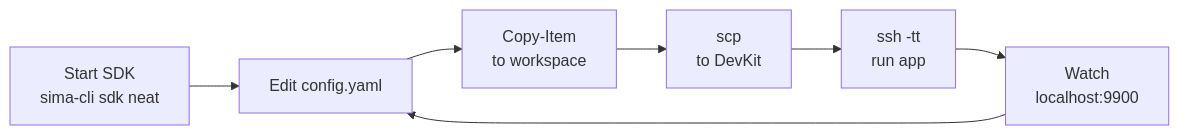
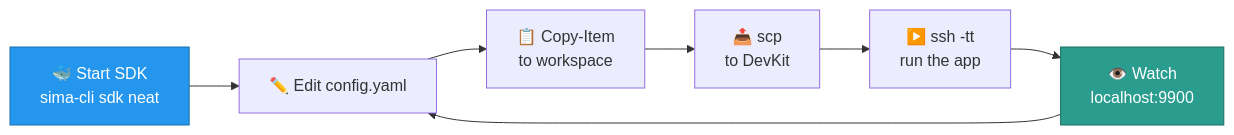
Before and after one commit to RizwanMunawar/sima-projects: the second of 2 diagrams in README.md, drawn with Mermaid. The commit also changed other lines of this file, not shown here.

````diff
--- a/README.md
+++ b/README.md
@@ -947,9 +1097,12 @@
 ```mermaid
 flowchart LR
-    A[Start SDK<br/>sima-cli sdk neat] --> B[Edit config.yaml]
-    B --> C[Copy-Item<br/>to workspace]
-    C --> D[scp<br/>to DevKit]
-    D --> E[ssh -tt<br/>run app]
-    E --> F[Watch<br/>localhost:9900]
+    A["🐳 Start SDK<br/>sima-cli sdk neat"] --> B["✏️ Edit config.yaml"]
+    B --> C["📋 Copy-Item<br/>to workspace"]
+    C --> D["📤 scp<br/>to DevKit"]
+    D --> E["▶️ ssh -tt<br/>run the app"]
+    E --> F["👁️ Watch<br/>localhost:9900"]
     F --> B
+
+    style A fill:#2496ED,stroke:#1a6fa8,color:#fff
+    style F fill:#2A9D8F,stroke:#1B6E63,color:#fff
 ```
````
